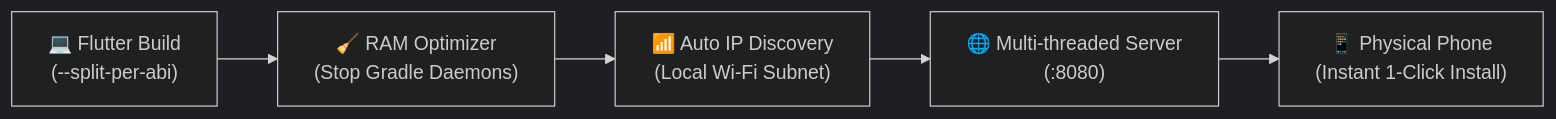
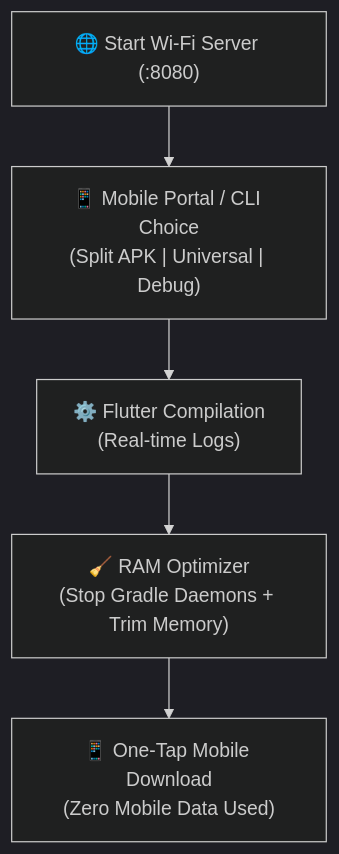
The diagram in README.md (chamod-rashmith/flutter-apk-wifi-distributor), drawn with Mermaid (dark theme) before and after one commit. The commit also changed other lines of this file and 17 other files, not shown here.

Commit message:
feat: universalize plugin, add in-portal build triggers, multi-package support, and one-click installers

````diff
--- a/README.md
+++ b/README.md
@@ -42,7 +46,7 @@
 ```mermaid
-flowchart LR
-    A["💻 Flutter Build<br/>(--split-per-abi)"] --> B["🧹 RAM Optimizer<br/>(Stop Gradle Daemons)"]
-    B --> C["📶 Auto IP Discovery<br/>(Local Wi-Fi Subnet)"]
-    C --> D["🌐 Multi-threaded Server<br/>(:8080)"]
-    D --> E["📱 Physical Phone<br/>(Instant 1-Click Install)"]
+flowchart TD
+    A["🌐 Start Wi-Fi Server (:8080)"] --> B["📱 Mobile Portal / CLI Choice<br/>(Split APK | Universal | Debug)"]
+    B --> C["⚙️ Flutter Compilation<br/>(Real-time Logs)"]
+    C --> D["🧹 RAM Optimizer<br/>(Stop Gradle Daemons + Trim Memory)"]
+    D --> E["📱 One-Tap Mobile Download<br/>(Zero Mobile Data Used)"]
 ```
````
